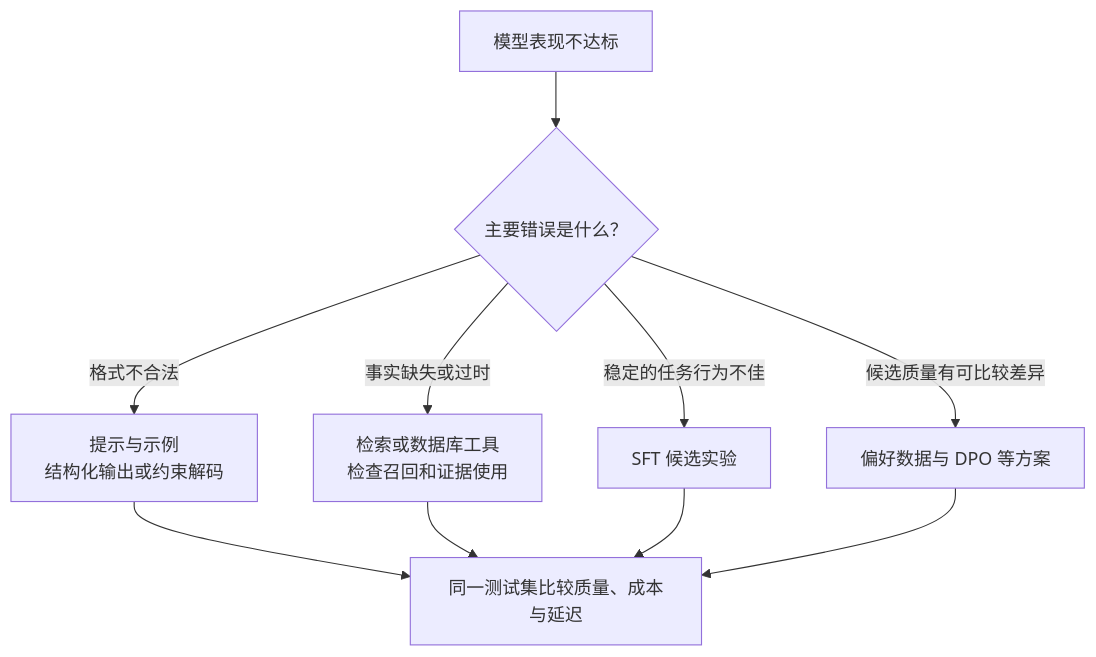
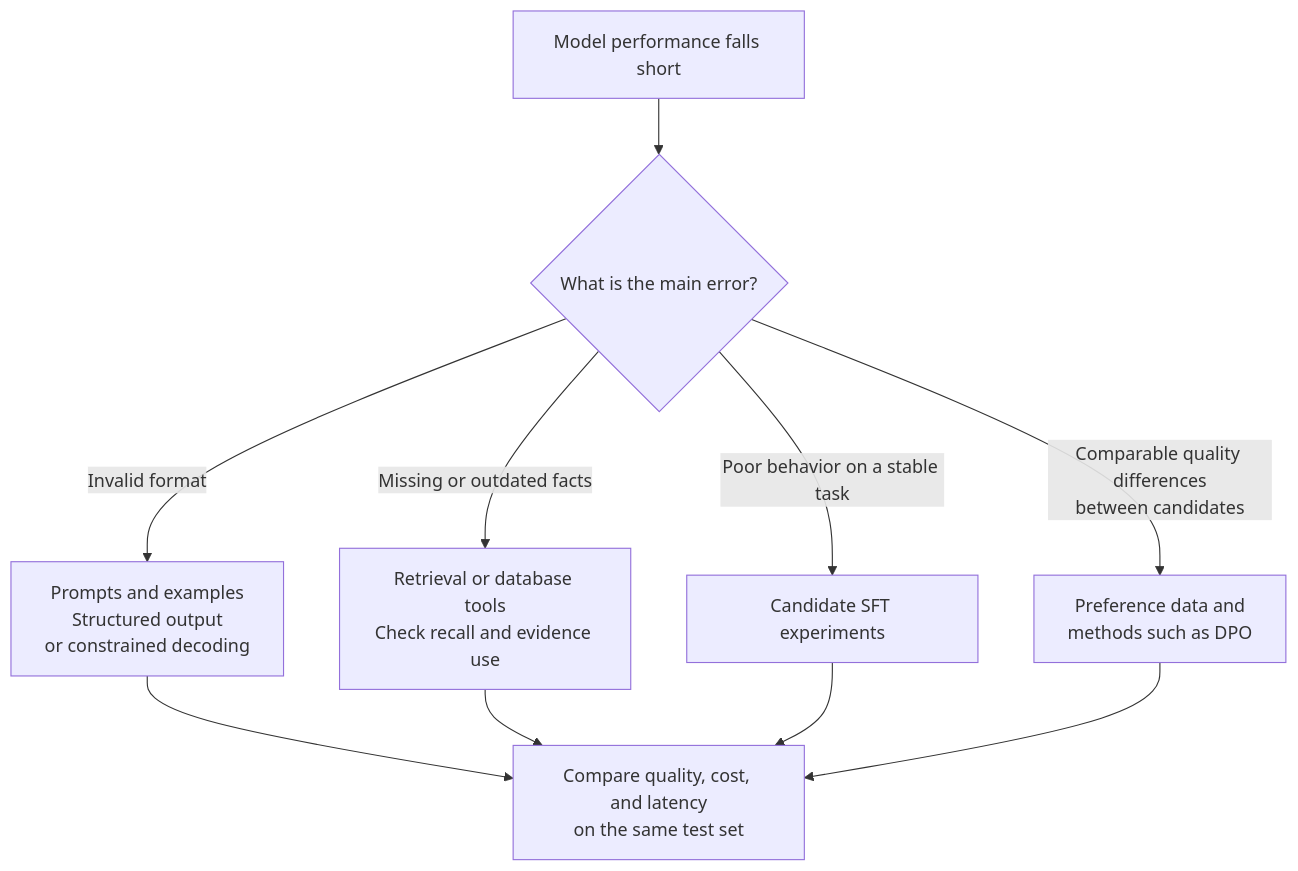
Before and after one commit to oneleaveknowsthefall/awesome-ai-roadmap: the diagram in docs/llm/02-training-alignment/08-finetuning.md, drawn with Mermaid. The commit also changed other lines of this file and 92 other files, not shown here.

````diff
--- a/docs/llm/02-training-alignment/08-finetuning.md
+++ b/docs/llm/02-training-alignment/08-finetuning.md
@@ -13,12 +13,12 @@
 ```mermaid
 flowchart TB
-    NEED["模型表现不达标"] --> Q1{"主要错误是什么？"}
-    Q1 -->|格式不合法| P1["提示与示例<br/>结构化输出或约束解码"]
-    Q1 -->|事实缺失或过时| P2["检索或数据库工具<br/>检查召回和证据使用"]
-    Q1 -->|稳定的任务行为不佳| P3["SFT 候选实验"]
-    Q1 -->|候选质量有可比较差异| P4["偏好数据与 DPO 等方案"]
-    P1 --> E["同一测试集比较质量、成本与延迟"]
+    NEED["Model performance falls short"] --> Q1{"What is the main error?"}
+    Q1 -->|Invalid format| P1["Prompts and examples<br/>Structured output<br/>or constrained decoding"]
+    Q1 -->|Missing or outdated facts| P2["Retrieval or database tools<br/>Check recall and evidence use"]
+    Q1 -->|Poor behavior on a stable task| P3["Candidate SFT experiments"]
+    Q1 -->|Comparable quality differences<br/>between candidates| P4["Preference data and<br/>methods such as DPO"]
+    P1 --> E["Compare quality, cost, and latency<br/>on the same test set"]
     P2 --> E
     P3 --> E
     P4 --> E
 ```
````
